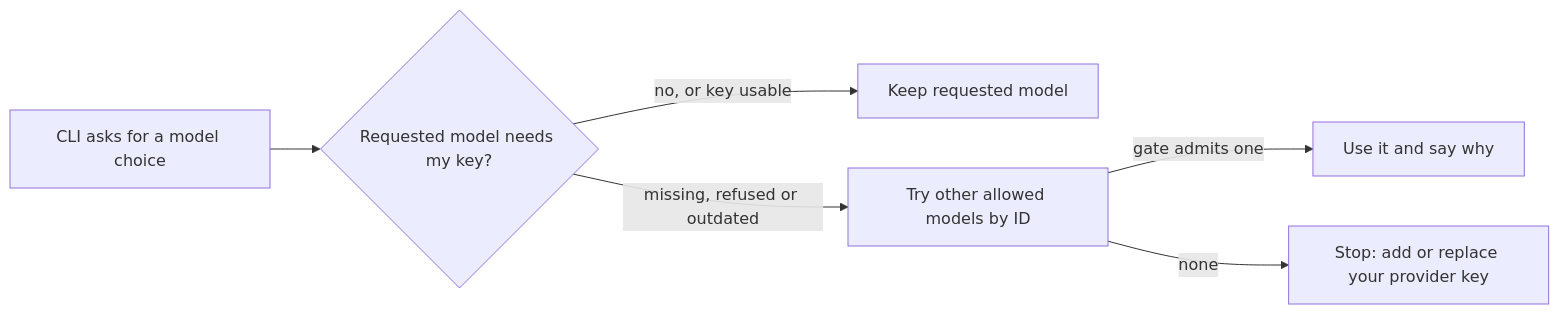
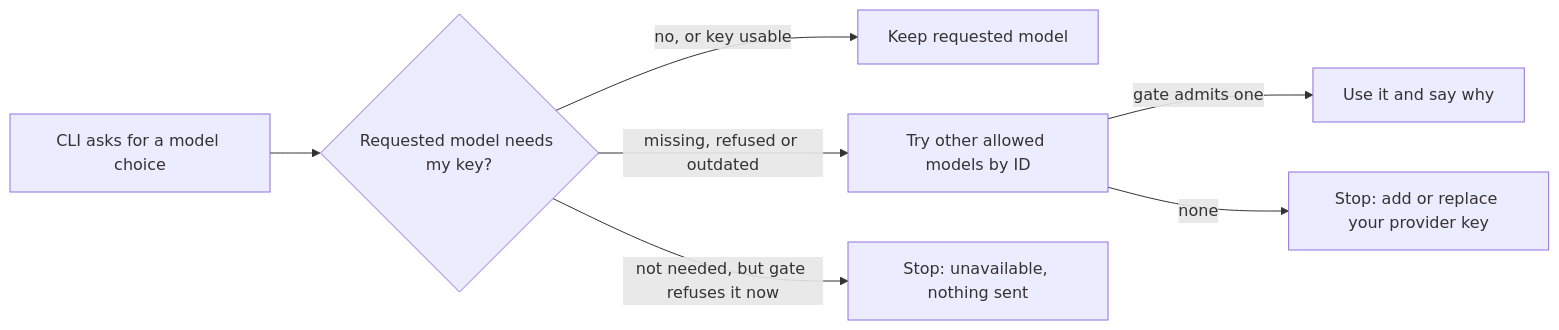
The diagram in tests/integration/model-choice-cases.md (OsamaFelFel/keeplane), drawn with Mermaid before and after one commit. The commit also changed other lines of this file and 11 other files, not shown here.

````diff
--- a/tests/integration/model-choice-cases.md
+++ b/tests/integration/model-choice-cases.md
@@ -32,8 +37,9 @@
 ```mermaid
 flowchart LR
   Ask[CLI asks for a model choice] --> Own{Requested model needs my key?}
   Own -->|no, or key usable| Keep[Keep requested model]
   Own -->|missing, refused or outdated| Next[Try other allowed models by ID]
   Next -->|gate admits one| Use[Use it and say why]
   Next -->|none| Stop[Stop: add or replace your provider key]
+  Own -->|not needed, but gate refuses it now| Down[Stop: unavailable, nothing sent]
 ```
````
